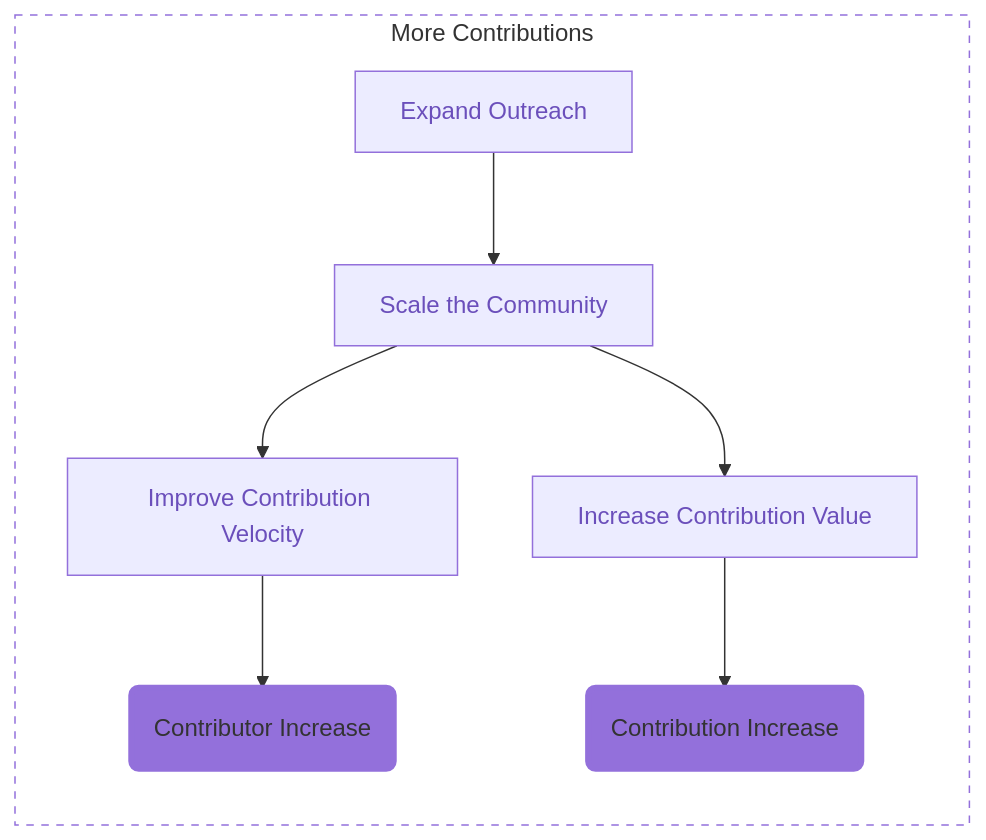
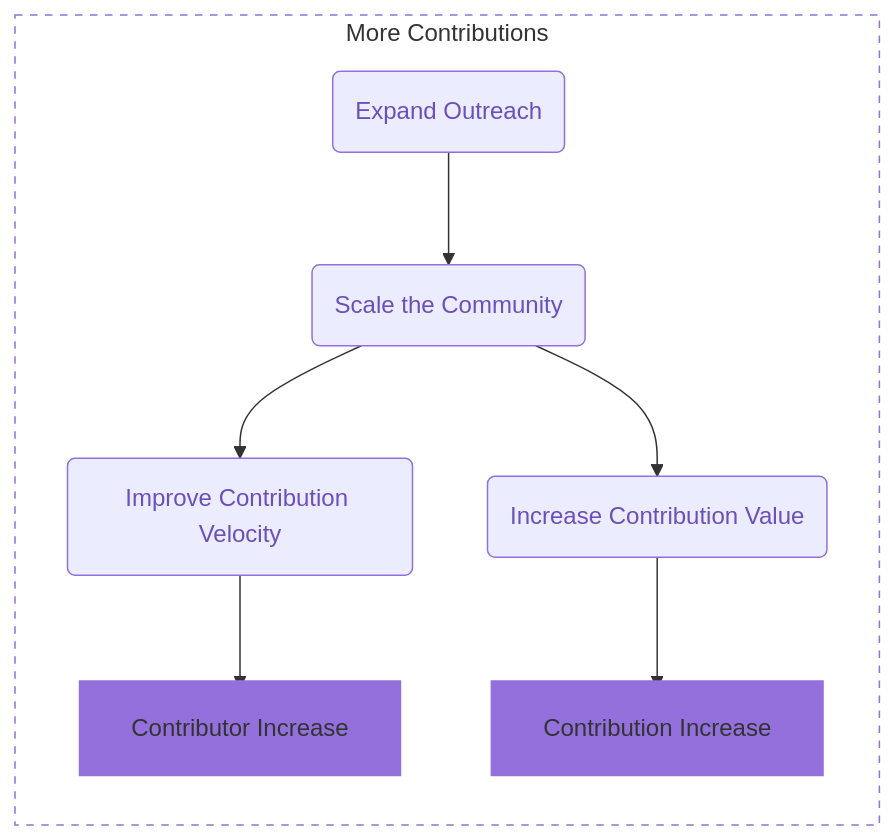
One commit to secretstartups/handbook changed the first of 2 diagrams in quality/contributor-success/index.html.md. Above: the diagram before and after it, drawn with Mermaid. The commit also changed other lines of this file, not shown here.

Commit message:
Updated diagram

````diff
--- a/quality/contributor-success/index.html.md
+++ b/quality/contributor-success/index.html.md
@@ -26,29 +26,29 @@
 ```mermaid
 
 flowchart LR
   subgraph moreContributions["More Contributions"]
-    contributorIncrease("Contributor Increase")
-    contributionIncrease("Contribution Increase")
-    increaseValue["Increase Contribution Value"]
-    improveVelocity["Improve Contribution Velocity"]
-    scaleCommunity["Scale the Community"]
-    expandOutreach["Expand Outreach"]
+    contributorIncrease["Contributor Increase"]
+    contributionIncrease["Contribution Increase"]
+    increaseValue("Increase Contribution Value")
+    improveVelocity("Improve Contribution Velocity")
+    scaleCommunity("Scale the Community")
+    expandOutreach("Expand Outreach")
     scaleCommunity-->improveVelocity
     scaleCommunity-->increaseValue
     expandOutreach-->scaleCommunity
     increaseValue-->contributionIncrease
     improveVelocity-->contributorIncrease
   end
   style moreContributions fill:#FFF, stroke:#9370DB, stroke-dasharray: 5 5
-  style contributionIncrease fill:#9370DB,stroke:#9370DB,stroke-width:4px
-  style contributorIncrease fill:#9370DB,stroke:#9370DB,stroke-width:4px
+  style contributionIncrease fill:#9370DB,stroke:#9370DB,stroke-width:10px
+  style contributorIncrease fill:#9370DB,stroke:#9370DB,stroke-width:10px
   style improveVelocity color:#6b4fbb, stroke:#9370DB
   style increaseValue color:#6b4fbb, stroke:#9370DB
   style expandOutreach color:#6b4fbb, stroke:#9370DB
   style scaleCommunity color:#6b4fbb, stroke:#9370DB
   click improveVelocity "./#improve-contribution-velocity"
   click increaseValue "#increase-contribution-value"
   click expandOutreach "#expand-outreach"
   click scaleCommunity "#scale-the-community"
 
  ```
````
